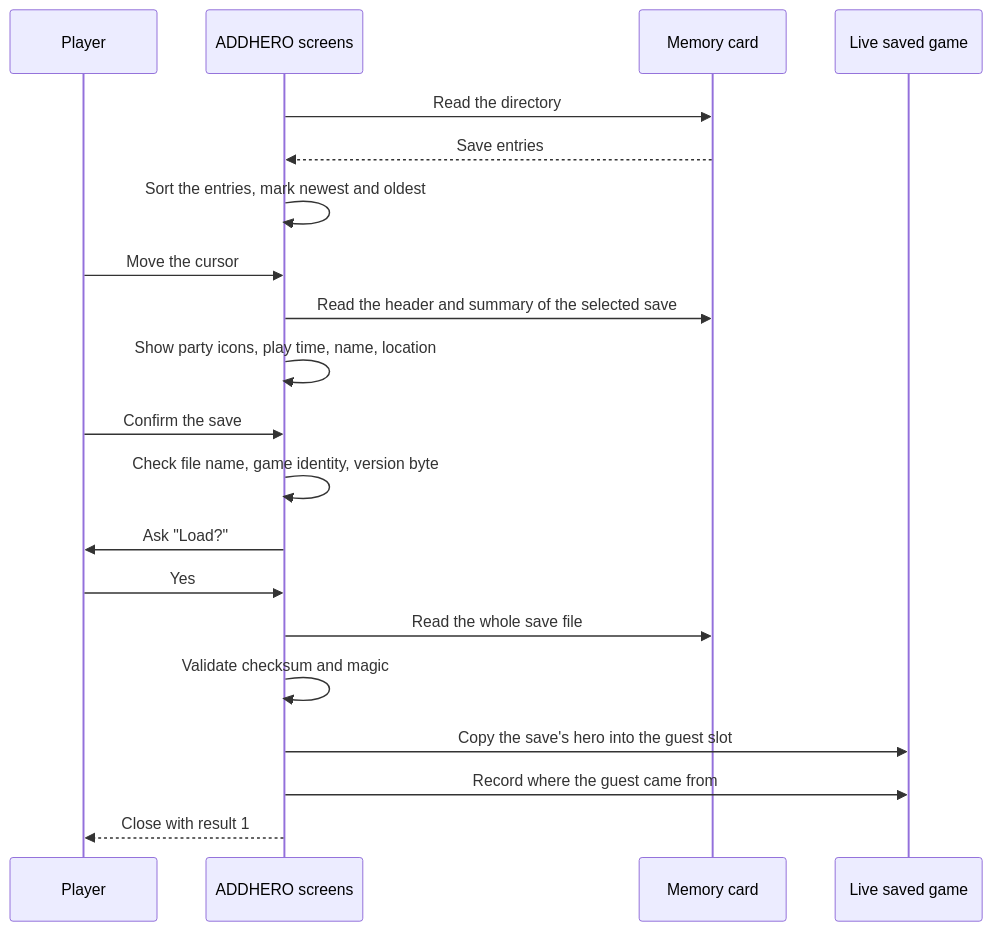
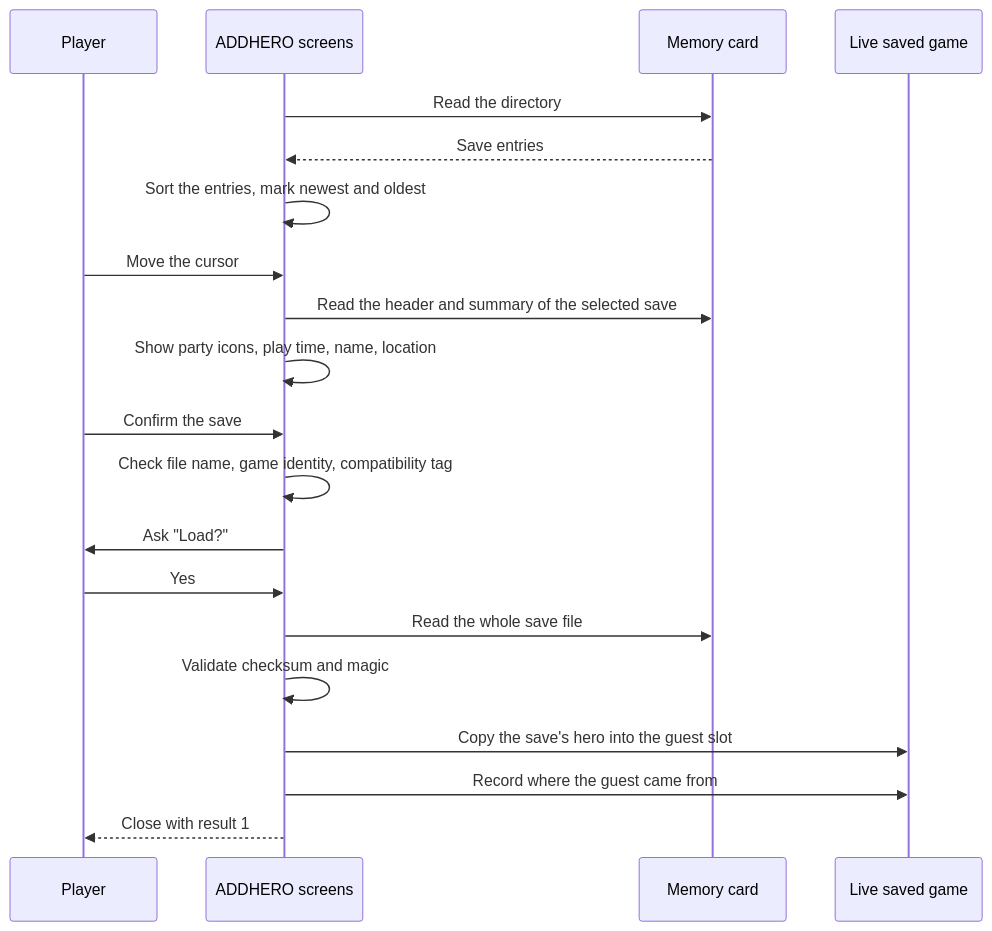
Before and after one commit to celophi/lom-decomp: the second of 3 diagrams in docs/en/technical/architecture/addhero.md, drawn with Mermaid. The commit also changed other lines of this file and 39 other files, not shown here.

````diff
--- a/docs/en/technical/architecture/addhero.md
+++ b/docs/en/technical/architecture/addhero.md
@@ -93,23 +93,23 @@
 ```mermaid
 sequenceDiagram
     participant Player
     participant UI as ADDHERO screens
     participant Card as Memory card
     participant Save as Live saved game
 
     UI->>Card: Read the directory
     Card-->>UI: Save entries
     UI->>UI: Sort the entries, mark newest and oldest
     Player->>UI: Move the cursor
     UI->>Card: Read the header and summary of the selected save
     UI->>UI: Show party icons, play time, name, location
     Player->>UI: Confirm the save
-    UI->>UI: Check file name, game identity, version byte
+    UI->>UI: Check file name, game identity, compatibility tag
     UI->>Player: Ask "Load?"
     Player->>UI: Yes
     UI->>Card: Read the whole save file
     UI->>UI: Validate checksum and magic
     UI->>Save: Copy the save's hero into the guest slot
     UI->>Save: Record where the guest came from
     UI-->>Player: Close with result 1
 ```
````
